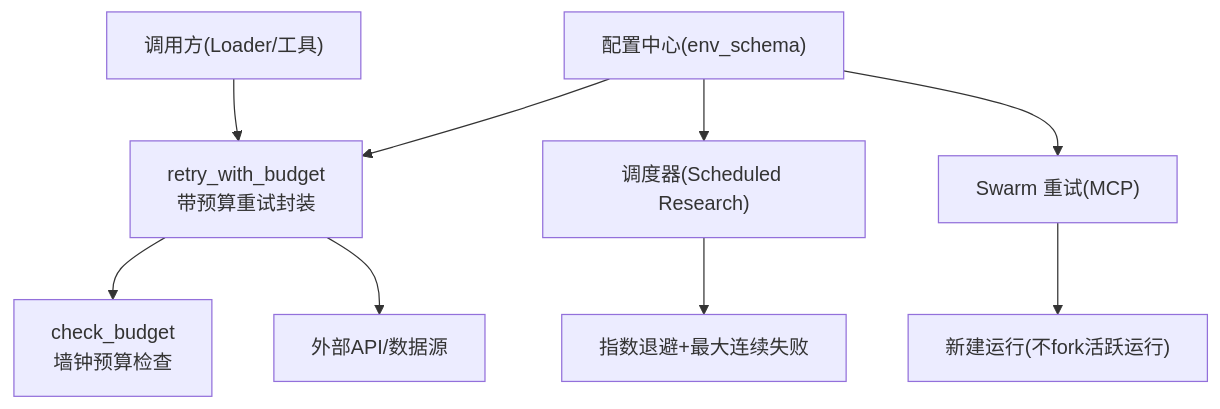
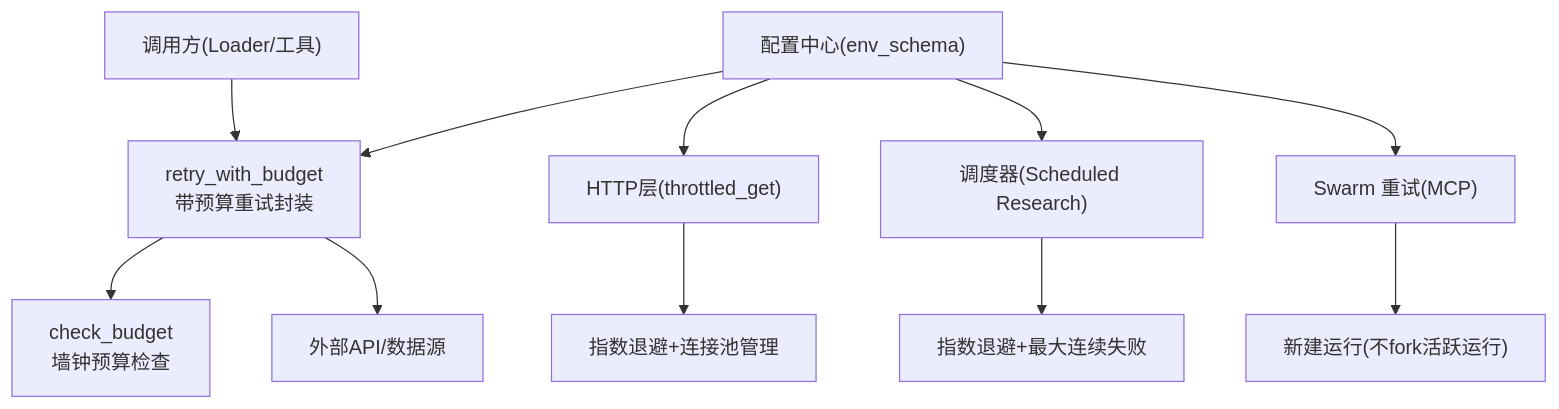
One commit to 20012002er/Vibe-Trading changed the first of 6 diagrams in .qoder/repowiki/zh/content/数据管理层/数据处理管道/重试与容错机制.md. Above: the diagram before and after it, drawn with Mermaid. The commit also changed other lines of this file and 96 other files, not shown here.

````diff
--- a/.qoder/repowiki/zh/content/数据管理层/数据处理管道/重试与容错机制.md
+++ b/.qoder/repowiki/zh/content/数据管理层/数据处理管道/重试与容错机制.md
@@ -39,11 +50,13 @@
 ```mermaid
 graph TB
 A["调用方(Loader/工具)"] --> B["retry_with_budget<br/>带预算重试封装"]
 B --> C["check_budget<br/>墙钟预算检查"]
 B --> D["外部API/数据源"]
-E["调度器(Scheduled Research)"] --> F["指数退避+最大连续失败"]
-G["Swarm 重试(MCP)"] --> H["新建运行(不fork活跃运行)"]
-I["配置中心(env_schema)"] --> B
-I --> E
-I --> G
+E["HTTP层(throttled_get)"] --> F["指数退避+连接池管理"]
+G["调度器(Scheduled Research)"] --> H["指数退避+最大连续失败"]
+I["Swarm 重试(MCP)"] --> J["新建运行(不fork活跃运行)"]
+K["配置中心(env_schema)"] --> B
+K --> E
+K --> G
+K --> I
 ```
````
